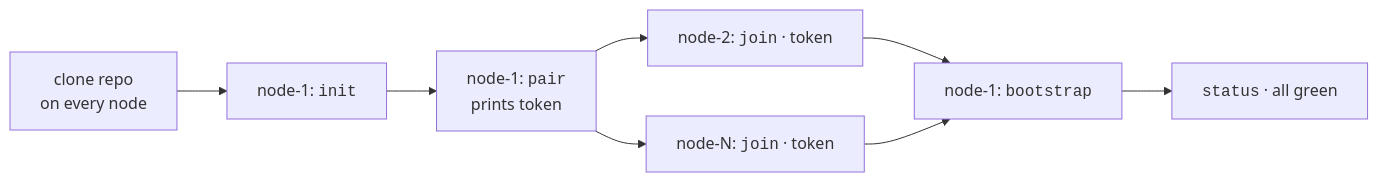
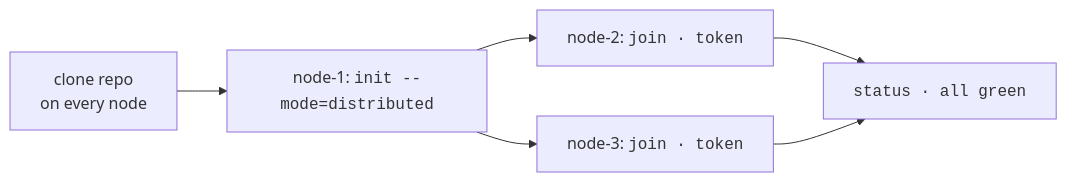
Before and after one commit to codeadeel/milvus-onprem: the second of 2 diagrams in README.md, drawn with Mermaid. The commit also changed other lines of this file and 1 other file, not shown here.

````diff
--- a/README.md
+++ b/README.md
@@ -73,10 +83,8 @@
 ```mermaid
 flowchart LR
-  A[clone repo<br/>on every node] --> B[node-1: <code>init</code>]
-  B --> C[node-1: <code>pair</code><br/>prints token]
-  C --> D[node-2: <code>join</code> · token]
-  C --> E[node-N: <code>join</code> · token]
-  D --> F[node-1: <code>bootstrap</code>]
-  E --> F
-  F --> G[<code>status</code> · all green]
+  A[clone repo<br/>on every node] --> B[node-1: <code>init --mode=distributed</code>]
+  B --> C[node-2: <code>join · token</code>]
+  B --> D[node-3: <code>join · token</code>]
+  C --> E[<code>status · all green</code>]
+  D --> E
 ```
````
